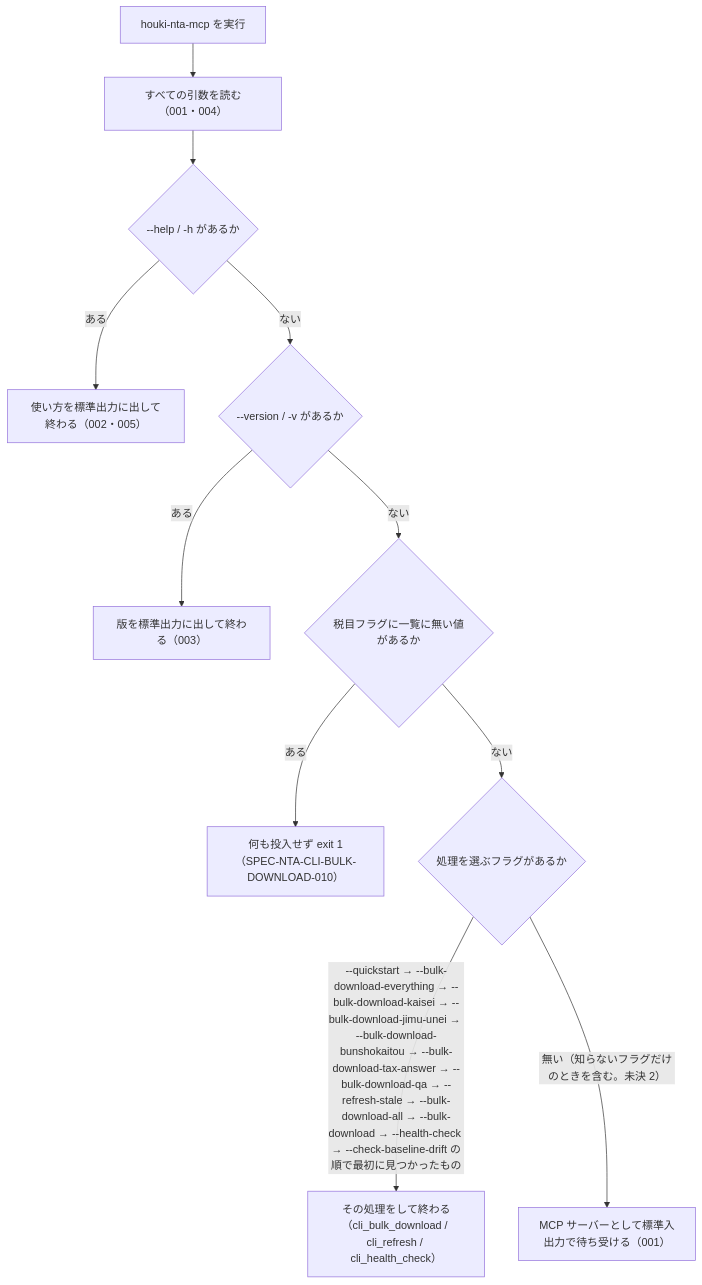
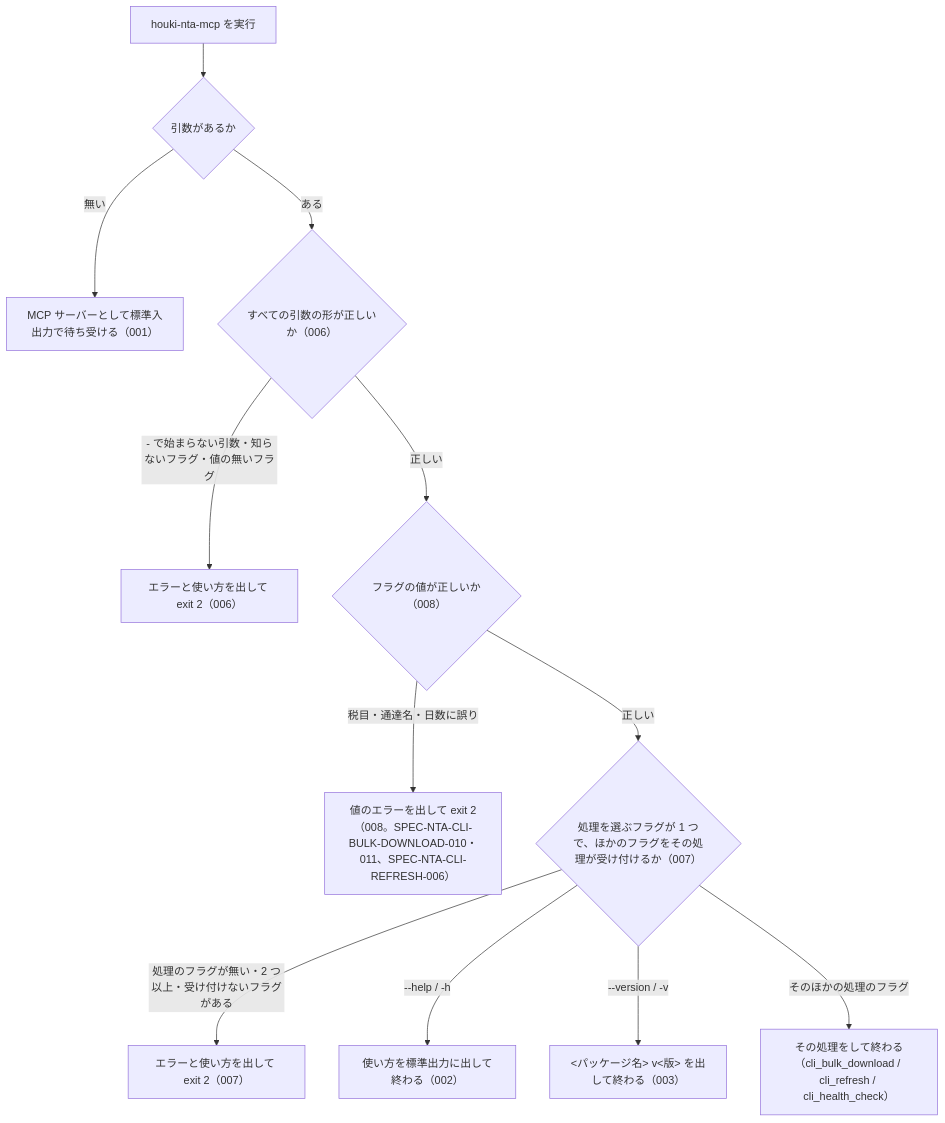
One commit to shuji-bonji/houki-nta-mcp changed the diagram in specs/current/cli_entry/spec.md. Above: the diagram before and after it, drawn with Mermaid. The commit also changed other lines of this file and 43 other files, not shown here.

````diff
--- a/specs/current/cli_entry/spec.md
+++ b/specs/current/cli_entry/spec.md
@@ -37,13 +37,14 @@
 ```mermaid
 flowchart TD
-  A["houki-nta-mcp を実行"] --> B["すべての引数を読む（001・004）"]
-  B --> C{"--help / -h があるか"}
-  C -- ある --> H["使い方を標準出力に出して終わる（002・005）"]
-  C -- ない --> D{"--version / -v があるか"}
-  D -- ある --> V["版を標準出力に出して終わる（003）"]
-  D -- ない --> E{"税目フラグに一覧に無い値があるか"}
-  E -- ある --> X["何も投入せず exit 1（SPEC-NTA-CLI-BULK-DOWNLOAD-010）"]
-  E -- ない --> F{"処理を選ぶフラグがあるか"}
-  F -- "--quickstart → --bulk-download-everything → --bulk-download-kaisei → --bulk-download-jimu-unei → --bulk-download-bunshokaitou → --bulk-download-tax-answer → --bulk-download-qa → --refresh-stale → --bulk-download-all → --bulk-download → --health-check → --check-baseline-drift の順で最初に見つかったもの" --> O["その処理をして終わる（cli_bulk_download / cli_refresh / cli_health_check）"]
-  F -- "無い（知らないフラグだけのときを含む。未決 2）" --> S["MCP サーバーとして標準入出力で待ち受ける（001）"]
+  A["houki-nta-mcp を実行"] --> Z{"引数があるか"}
+  Z -- 無い --> S["MCP サーバーとして標準入出力で待ち受ける（001）"]
+  Z -- ある --> B{"すべての引数の形が正しいか（006）"}
+  B -- "- で始まらない引数・知らないフラグ・値の無いフラグ" --> E1["エラーと使い方を出して exit 2（006）"]
+  B -- 正しい --> V{"フラグの値が正しいか（008）"}
+  V -- "税目・通達名・日数に誤り" --> E2["値のエラーを出して exit 2（008。SPEC-NTA-CLI-BULK-DOWNLOAD-010・011、SPEC-NTA-CLI-REFRESH-006）"]
+  V -- 正しい --> C{"処理を選ぶフラグが 1 つで、ほかのフラグをその処理が受け付けるか（007）"}
+  C -- "処理のフラグが無い・2 つ以上・受け付けないフラグがある" --> E3["エラーと使い方を出して exit 2（007）"]
+  C -- "--help / -h" --> H["使い方を標準出力に出して終わる（002）"]
+  C -- "--version / -v" --> VV["<パッケージ名> v<版> を出して終わる（003）"]
+  C -- "そのほかの処理のフラグ" --> O["その処理をして終わる（cli_bulk_download / cli_refresh / cli_health_check）"]
 ```
````
